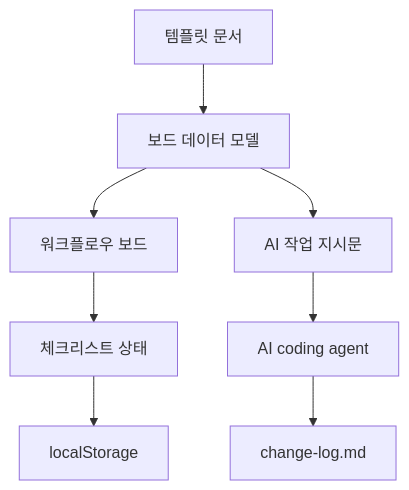
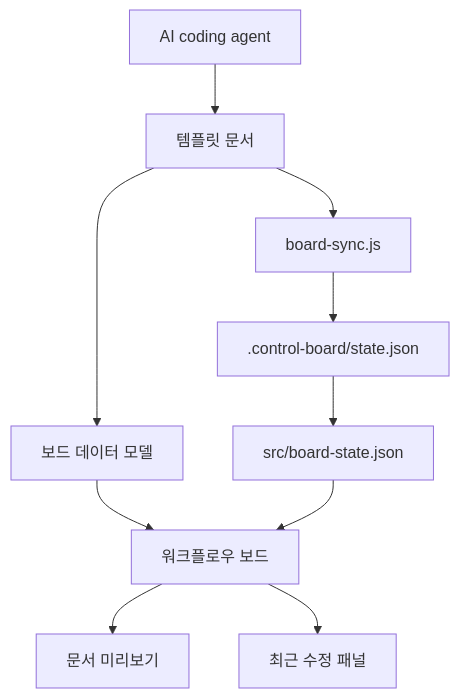
The diagram in docs/architecture.md (yaho-nice1/AI-Project-Control-Board), drawn with Mermaid before and after one commit. The commit also changed other lines of this file and 30 other files, not shown here.

Commit message:
Refine control board status dashboard

````diff
--- a/docs/architecture.md
+++ b/docs/architecture.md
@@ -23,10 +23,12 @@
 ```mermaid
 flowchart TD
     Template["템플릿 문서"] --> Model["보드 데이터 모델"]
     Model --> Board["워크플로우 보드"]
-    Board --> Checklist["체크리스트 상태"]
-    Checklist --> Storage["localStorage"]
-    Model --> Prompt["AI 작업 지시문"]
-    Prompt --> Agent["AI coding agent"]
-    Agent --> ChangeLog["change-log.md"]
+    Template --> Sync["board-sync.js"]
+    Sync --> State[".control-board/state.json"]
+    State --> Snapshot["src/board-state.json"]
+    Snapshot --> Board["워크플로우 보드"]
+    Board --> Docs["문서 미리보기"]
+    Board --> Activity["최근 수정 패널"]
+    Agent["AI coding agent"] --> Template
 ```
````
